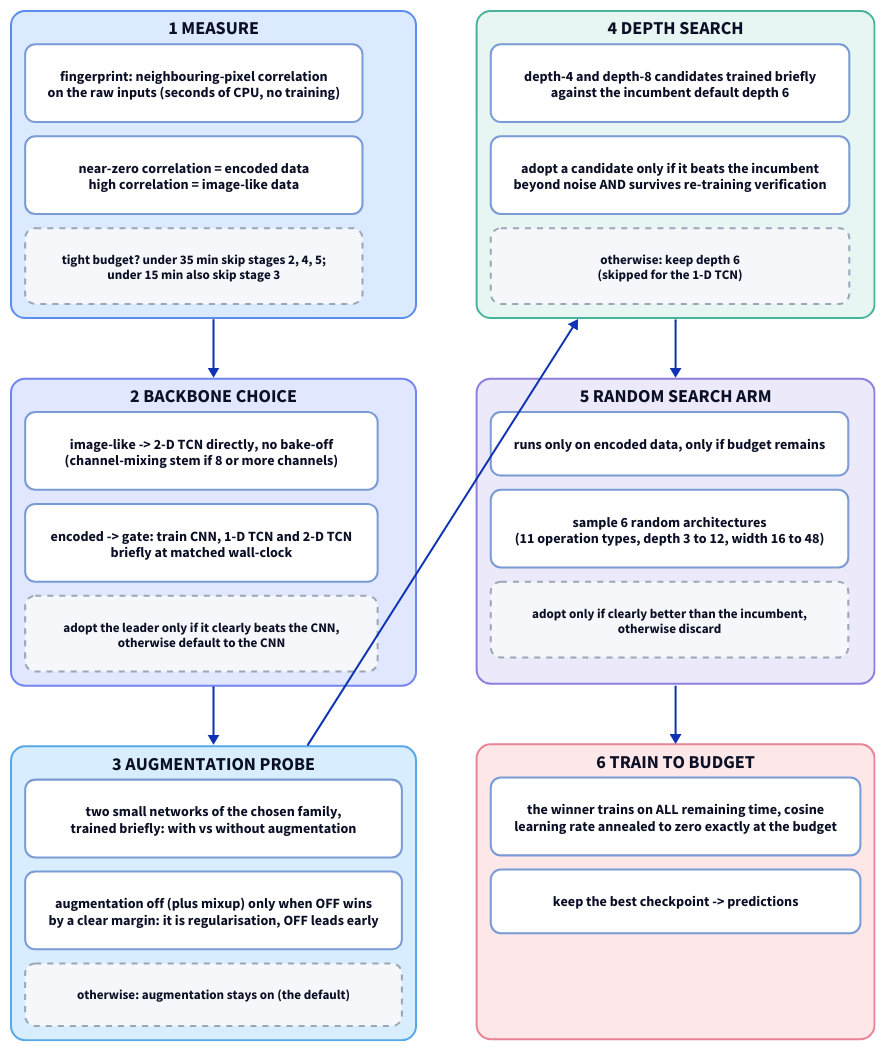
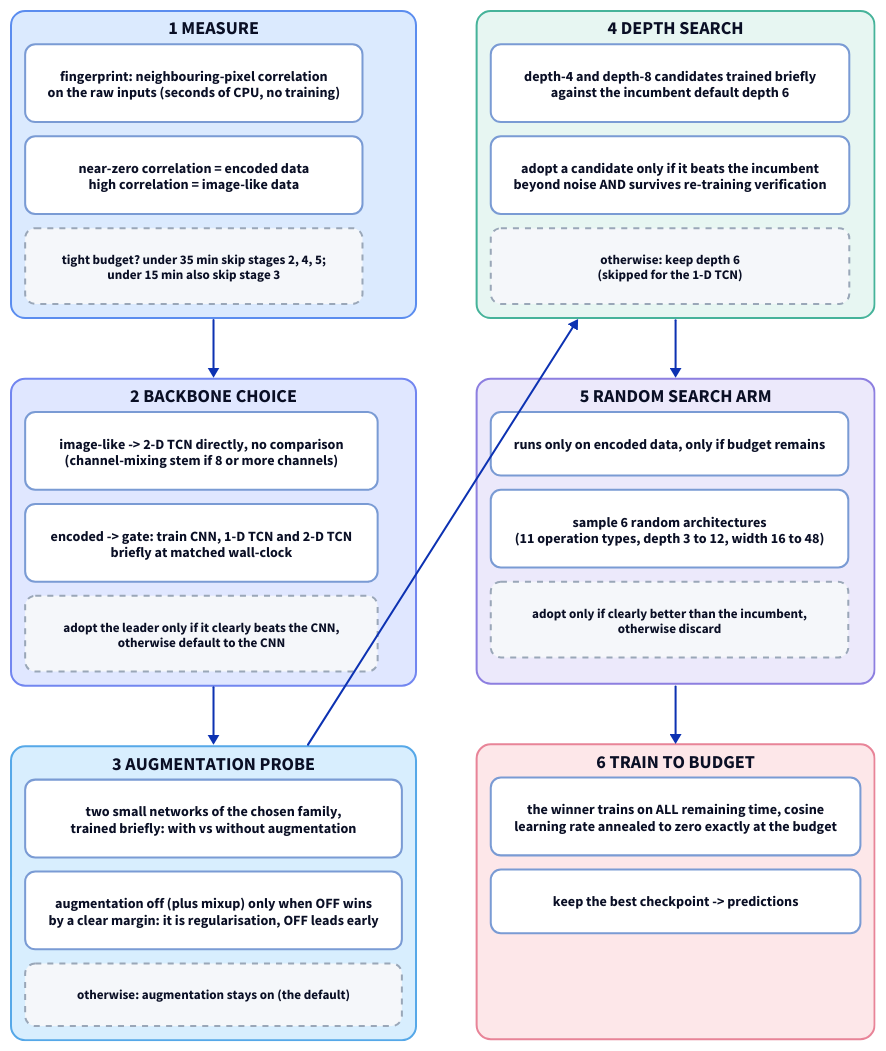
One commit to Lys-fy/HerriML-NAS-Unseen-Data-Challenge-2026 changed the diagram in docs/proposal/pipeline_block.d2. Above: the diagram before and after it, drawn with D2. The commit also changed 3 other files, not shown here.

Commit message:
Proposal: plainer 'longer verification re-training' (was 'higher-fidelity re-check'); ch6 rephrased to reflect current tests (recurrent/attention families, per-stage heterogeneous search, cross-family ensemble); replace 'bake-off' with 'comparison' throughout. Still 4 pages

```diff
--- a/docs/proposal/pipeline_block.d2
+++ b/docs/proposal/pipeline_block.d2
@@ -1,66 +1,66 @@
 grid-columns: 2
 grid-gap: 60
 
 classes: {
   chip: {style: {fill: "#ffffff"; stroke: "#7a9bd4"; border-radius: 10; font-size: 14}}
   defchip: {style: {fill: "#f5f7fa"; stroke: "#9aa7b8"; stroke-dash: 3; border-radius: 10; font-size: 13}}
 }
 
 s1: "1   MEASURE" {
   grid-columns: 1
   grid-gap: 14
   style: {fill: "#dbeafe"; stroke: "#5b8def"; border-radius: 14; font-size: 18; bold: true}
   a: "fingerprint: neighbouring-pixel correlation\non the raw inputs (seconds of CPU, no training)" {class: chip}
   b: "near-zero correlation = encoded data\nhigh correlation = image-like data" {class: chip}
   c: "tight budget? under 35 min skip stages 2, 4, 5;\nunder 15 min also skip stage 3" {class: defchip}
 }
 
 s2: "2   BACKBONE CHOICE" {
   grid-columns: 1
   grid-gap: 14
   style: {fill: "#e0e7ff"; stroke: "#7286f0"; border-radius: 14; font-size: 18; bold: true}
-  a: "image-like  ->  2-D TCN directly, no bake-off\n(channel-mixing stem if 8 or more channels)" {class: chip}
+  a: "image-like  ->  2-D TCN directly, no comparison\n(channel-mixing stem if 8 or more channels)" {class: chip}
   b: "encoded  ->  gate: train CNN, 1-D TCN and 2-D TCN\nbriefly at matched wall-clock" {class: chip}
   c: "adopt the leader only if it clearly beats the CNN,\notherwise default to the CNN" {class: defchip}
 }
 
 s3: "3   AUGMENTATION PROBE" {
   grid-columns: 1
   grid-gap: 14
   style: {fill: "#d8eefe"; stroke: "#56a8e8"; border-radius: 14; font-size: 18; bold: true}
   a: "two small networks of the chosen family,\ntrained briefly: with vs without augmentation" {class: chip}
   b: "augmentation off (plus mixup) only when OFF wins\nby a clear margin: it is regularisation, OFF leads early" {class: chip}
   c: "otherwise: augmentation stays on (the default)" {class: defchip}
 }
 
 s4: "4   DEPTH SEARCH" {
   grid-columns: 1
   grid-gap: 14
   style: {fill: "#e7f6f2"; stroke: "#46b39a"; border-radius: 14; font-size: 18; bold: true}
   a: "depth-4 and depth-8 candidates trained briefly\nagainst the incumbent default depth 6" {class: chip}
   b: "adopt a candidate only if it beats the incumbent\nbeyond noise AND survives re-training verification" {class: chip}
   c: "otherwise: keep depth 6\n(skipped for the 1-D TCN)" {class: defchip}
 }
 
 s5: "5   RANDOM SEARCH ARM" {
   grid-columns: 1
   grid-gap: 14
   style: {fill: "#ece9fb"; stroke: "#8d7fe0"; border-radius: 14; font-size: 18; bold: true}
   a: "runs only on encoded data, only if budget remains" {class: chip}
   b: "sample 6 random architectures\n(11 operation types, depth 3 to 12, width 16 to 48)" {class: chip}
   c: "adopt only if clearly better than the incumbent,\notherwise discard" {class: defchip}
 }
 
 s6: "6   TRAIN TO BUDGET" {
   grid-columns: 1
   grid-gap: 14
   style: {fill: "#fde7e9"; stroke: "#e88498"; border-radius: 14; font-size: 18; bold: true}
   a: "the winner trains on ALL remaining time, cosine\nlearning rate annealed to zero exactly at the budget" {class: chip}
   b: "keep the best checkpoint  ->  predictions" {class: chip}
 }
 
 s1 -> s2
 s2 -> s3
 s3 -> s4
 s4 -> s5
 s5 -> s6
```
